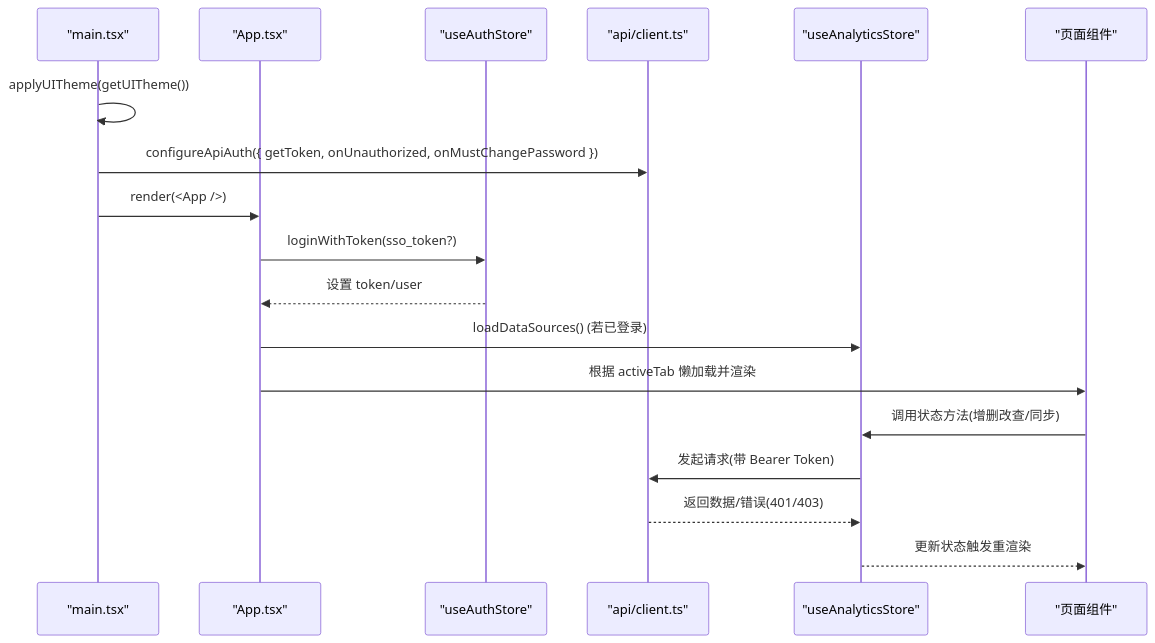
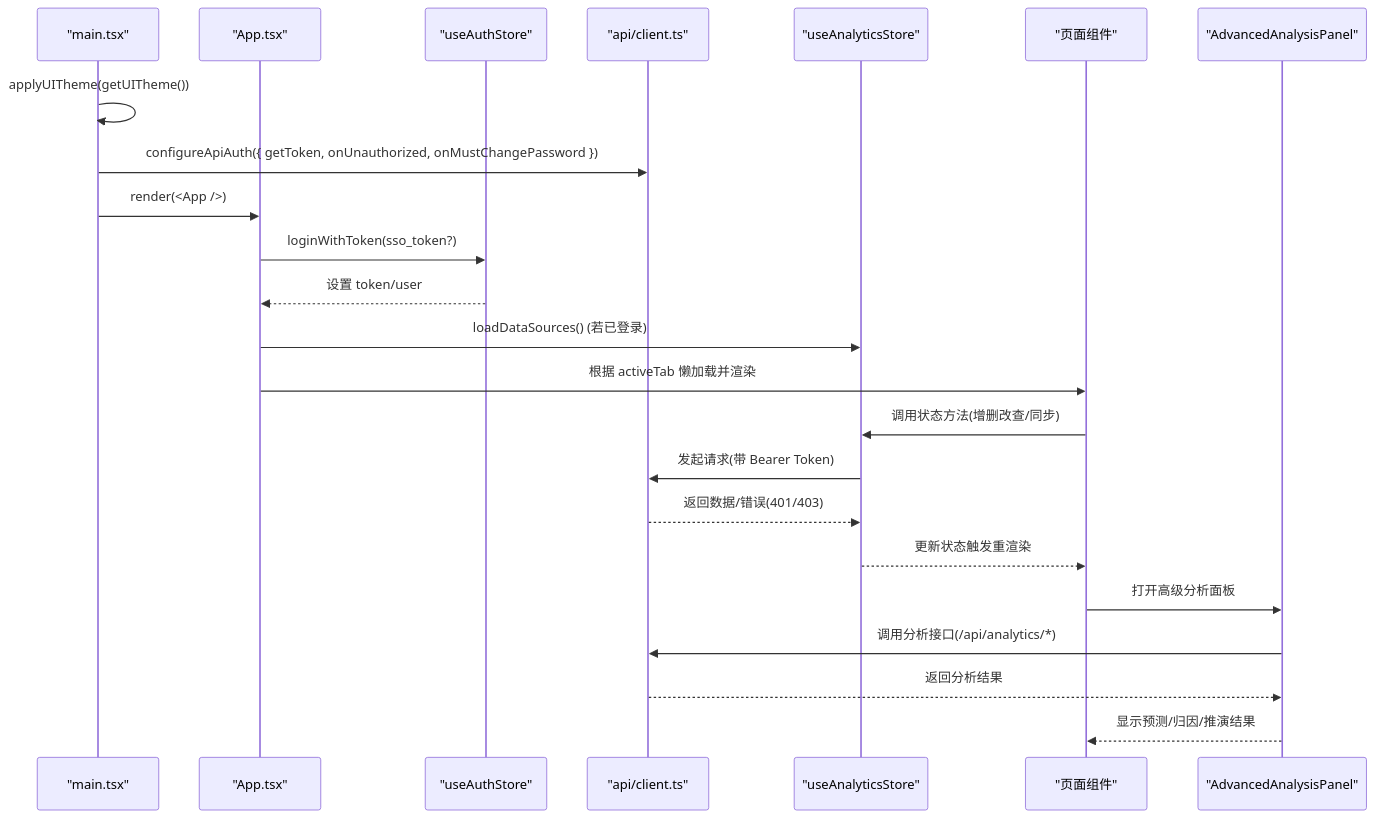
Before and after one commit to dgjin/smart-data-analytics: the second of 14 diagrams in .qoder/repowiki/zh/content/前端应用/前端应用.md, drawn with Mermaid. The commit also changed other lines of this file and 141 other files, not shown here.

````diff
--- a/.qoder/repowiki/zh/content/前端应用/前端应用.md
+++ b/.qoder/repowiki/zh/content/前端应用/前端应用.md
@@ -166,20 +190,25 @@
 ```mermaid
 sequenceDiagram
 participant Boot as "main.tsx"
 participant Root as "App.tsx"
 participant Auth as "useAuthStore"
 participant API as "api/client.ts"
 participant Store as "useAnalyticsStore"
 participant Page as "页面组件"
+participant Analysis as "AdvancedAnalysisPanel"
 Boot->>Boot : applyUITheme(getUITheme())
 Boot->>API : configureApiAuth({ getToken, onUnauthorized, onMustChangePassword })
 Boot->>Root : render(<App />)
 Root->>Auth : loginWithToken(sso_token?)
 Auth-->>Root : 设置 token/user
 Root->>Store : loadDataSources() (若已登录)
 Root->>Page : 根据 activeTab 懒加载并渲染
 Page->>Store : 调用状态方法(增删改查/同步)
 Store->>API : 发起请求(带 Bearer Token)
 API-->>Store : 返回数据/错误(401/403)
 Store-->>Page : 更新状态触发重渲染
+Page->>Analysis : 打开高级分析面板
+Analysis->>API : 调用分析接口(/api/analytics/*)
+API-->>Analysis : 返回分析结果
+Analysis-->>Page : 显示预测/归因/推演结果
 ```
````
